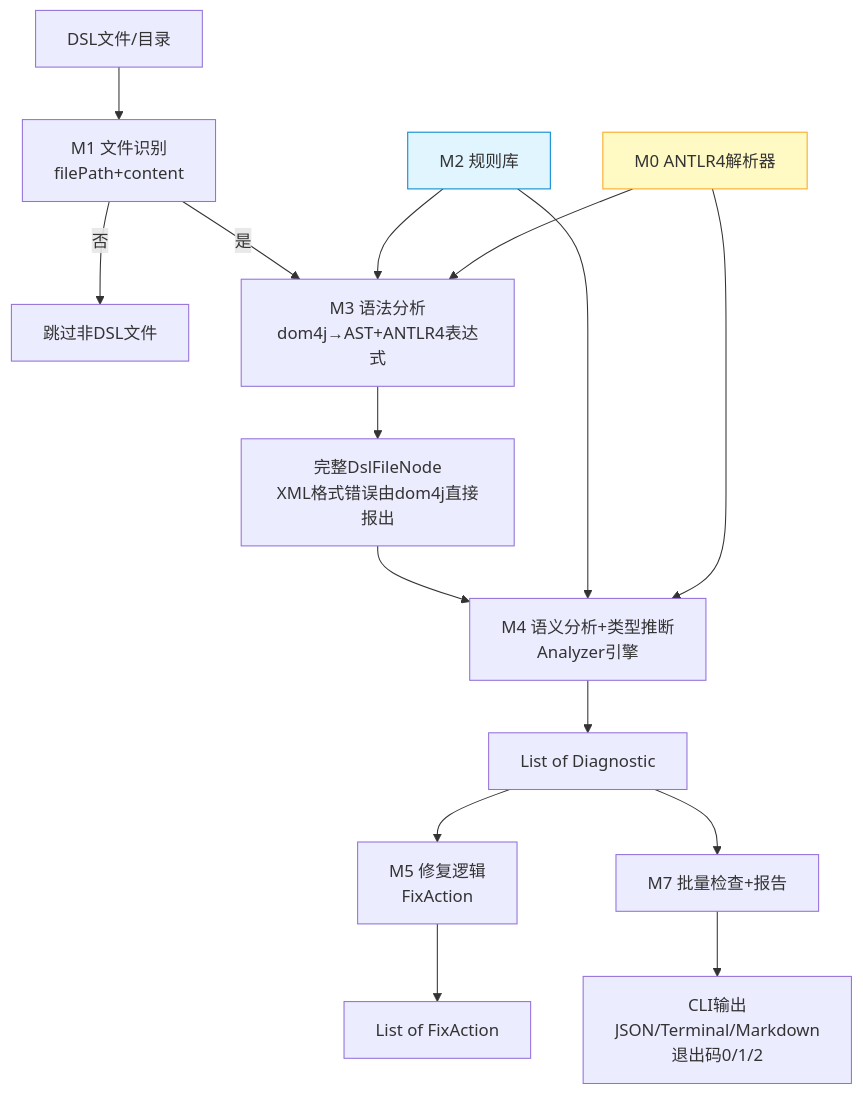
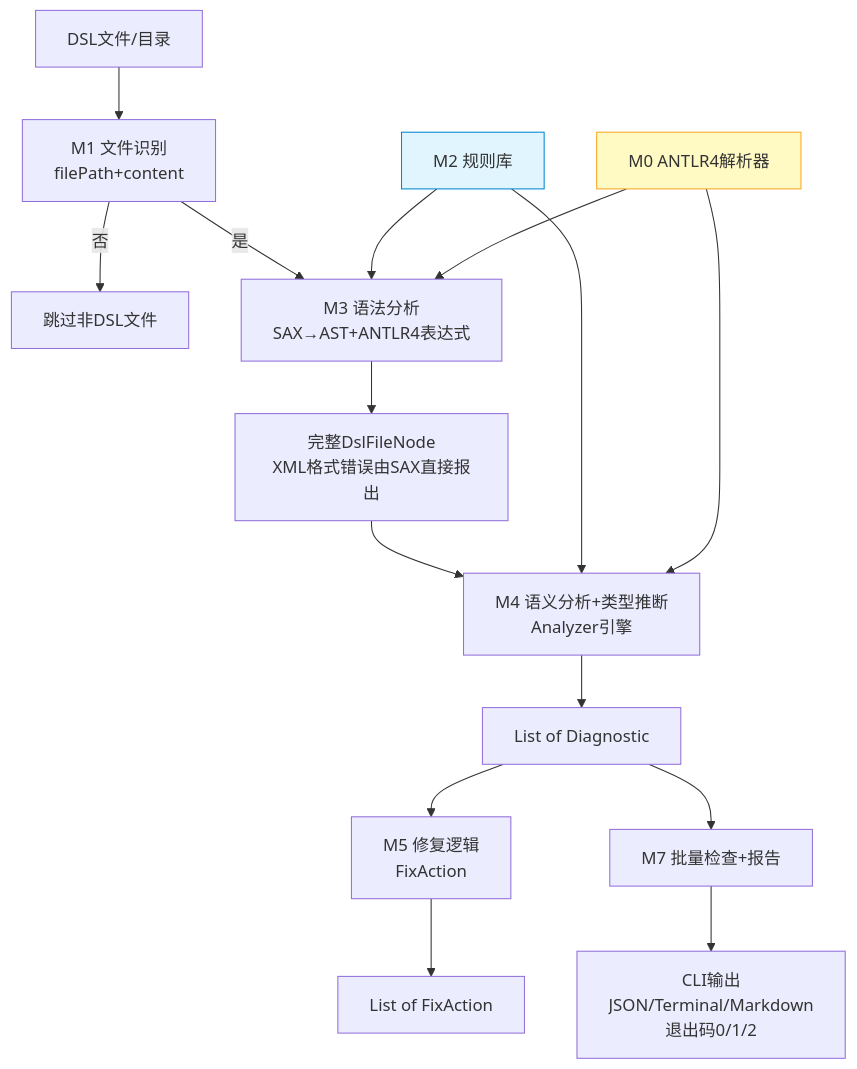
One commit to araragi-koyomin/theme-engine-dsl-static-analyzer changed the second of 3 diagrams in docs/Architecture.md. Above: the diagram before and after it, drawn with Mermaid. The commit also changed other lines of this file and 5 other files, not shown here.

First line of the commit message:
docs: sync M3 XML parser choice dom4j -> JDK SAX across design docs

````diff
--- a/docs/Architecture.md
+++ b/docs/Architecture.md
@@ -236,20 +236,20 @@
 ```mermaid
 flowchart TD
     Input[DSL文件/目录] --> M1[M1 文件识别<br/>filePath+content]
     M1 -->|否| Skip[跳过非DSL文件]
-    M1 -->|是| M3[M3 语法分析<br/>dom4j→AST+ANTLR4表达式]
-    M3 --> AST[完整DslFileNode<br/>XML格式错误由dom4j直接报出]
+    M1 -->|是| M3[M3 语法分析<br/>SAX→AST+ANTLR4表达式]
+    M3 --> AST[完整DslFileNode<br/>XML格式错误由SAX直接报出]
     AST --> M4[M4 语义分析+类型推断<br/>Analyzer引擎]
     M2[M2 规则库] --> M3
     M2 --> M4
     M0[M0 ANTLR4解析器] --> M3
     M0 --> M4
     M4 --> Diag[List of Diagnostic]
     Diag --> M5[M5 修复逻辑<br/>FixAction]
     Diag --> M7[M7 批量检查+报告]
     M5 --> Fix[List of FixAction]
     M7 --> Output[CLI输出<br/>JSON/Terminal/Markdown<br/>退出码0/1/2]
 
     style M2 fill:#e1f5fe,stroke:#0288d1
     style M0 fill:#fff9c4,stroke:#f9a825
 ```
````
